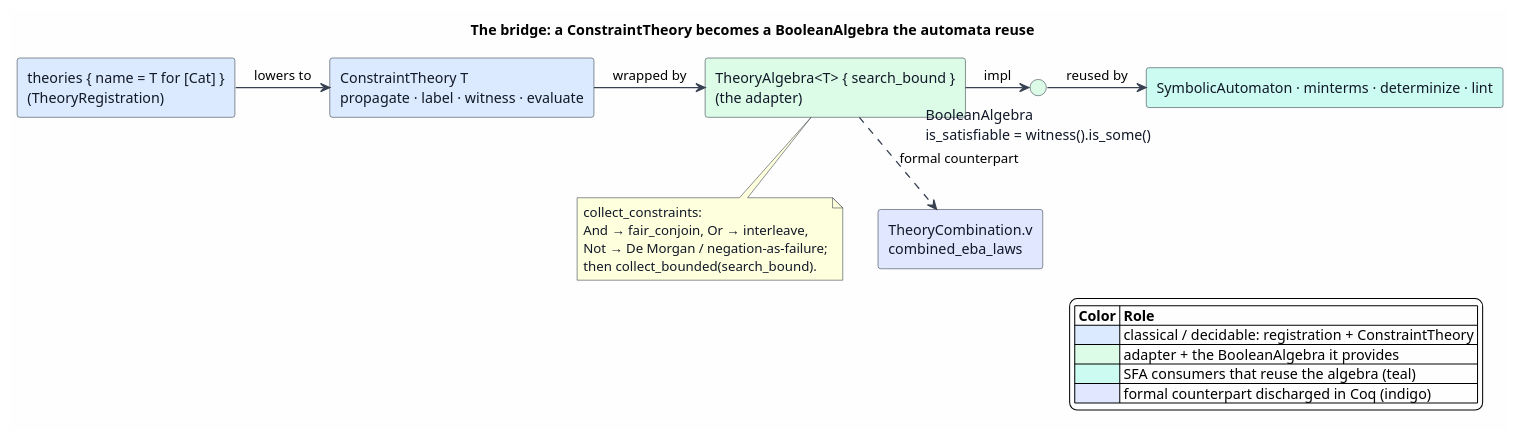
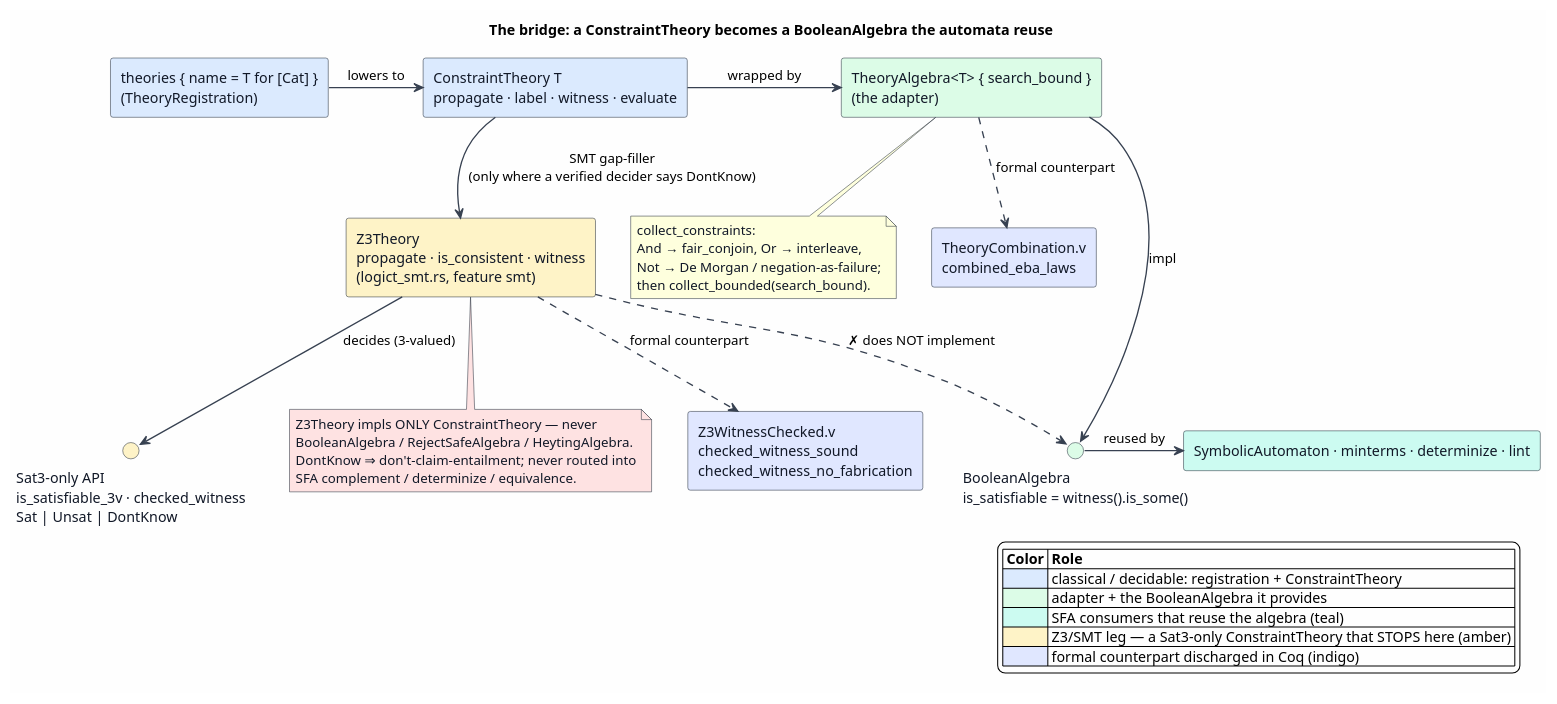
One commit to F1R3FLY-io/mettail-rust changed the diagram in docs/architecture/semantic-predicates/figures/13-theory-algebra-bridge.puml. Above: the diagram before and after it, drawn with PlantUML. The commit also changed 23 other files, not shown here.

```diff
--- a/docs/architecture/semantic-predicates/figures/13-theory-algebra-bridge.puml
+++ b/docs/architecture/semantic-predicates/figures/13-theory-algebra-bridge.puml
@@ -1,52 +1,71 @@
 @startuml
 skinparam backgroundColor #FEFEFE
 skinparam shadowing false
 skinparam ArrowColor #374151
 skinparam ArrowThickness 1.3
 skinparam componentStyle rectangle
 skinparam component {
   BorderColor #1F2937
   FontColor #111827
 }
 skinparam interface {
   BorderColor #1F2937
   FontColor #111827
 }
 skinparam note {
   BorderColor #1F2937
   FontColor #111827
 }
 
 title The bridge: a ConstraintTheory becomes a BooleanAlgebra the automata reuse
 
 ' ── Left→right dataflow: registration → theory → adapter → BooleanAlgebra → consumers ──
 component "theories { name = T for [Cat] }\n(TheoryRegistration)" as Reg #DBEAFE
 component "ConstraintTheory T\npropagate · label · witness · evaluate" as Theory #DBEAFE
 component "TheoryAlgebra<T> { search_bound }\n(the adapter)" as Adapter #DCFCE7
 interface "BooleanAlgebra\nis_satisfiable = witness().is_some()" as BA #DCFCE7
 component "SymbolicAutomaton · minterms · determinize · lint" as Consumers #CCFBF1
 
 Reg     -right-> Theory   : lowers to
 Theory  -right-> Adapter  : wrapped by
 Adapter -right-> BA       : impl
 BA      -right-> Consumers : reused by
 
 note bottom of Adapter
   collect_constraints:
   And → fair_conjoin,  Or → interleave,
   Not → De Morgan / negation-as-failure;
   then collect_bounded(search_bound).
 end note
 
 ' ── Formal counterpart (dashed) ──
 component "TheoryCombination.v\ncombined_eba_laws" as Formal #E0E7FF
 Adapter ..> Formal : formal counterpart
 
+' ── The Z3/SMT exception: a ConstraintTheory that stops at Sat3, never a BooleanAlgebra ──
+component "Z3Theory\npropagate · is_consistent · witness\n(logict_smt.rs, feature smt)" as Z3 #FEF3C7
+interface "Sat3-only API\nis_satisfiable_3v · checked_witness\nSat | Unsat | DontKnow" as Sat3 #FEF3C7
+
+Theory -down-> Z3   : SMT gap-filler\n(only where a verified decider says DontKnow)
+Z3     -down-> Sat3 : decides (3-valued)
+Z3     ..>     BA   : ✗ does NOT implement
+
+note bottom of Z3 #FEE2E2
+  Z3Theory impls ONLY ConstraintTheory — never
+  BooleanAlgebra / RejectSafeAlgebra / HeytingAlgebra.
+  DontKnow ⇒ don't-claim-entailment; never routed into
+  SFA complement / determinize / equivalence.
+end note
+
+component "Z3WitnessChecked.v\nchecked_witness_sound\nchecked_witness_no_fabrication" as ZForm #E0E7FF
+Z3 ..> ZForm : formal counterpart
+
 legend right
 |= Color |= Role |
 |<#DBEAFE> | classical / decidable: registration + ConstraintTheory |
 |<#DCFCE7> | adapter + the BooleanAlgebra it provides |
 |<#CCFBF1> | SFA consumers that reuse the algebra (teal) |
+|<#FEF3C7> | Z3/SMT leg — a Sat3-only ConstraintTheory that STOPS here (amber) |
 |<#E0E7FF> | formal counterpart discharged in Coq (indigo) |
 endlegend
 @enduml
```
